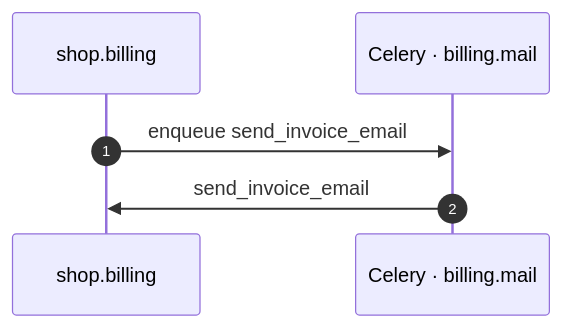
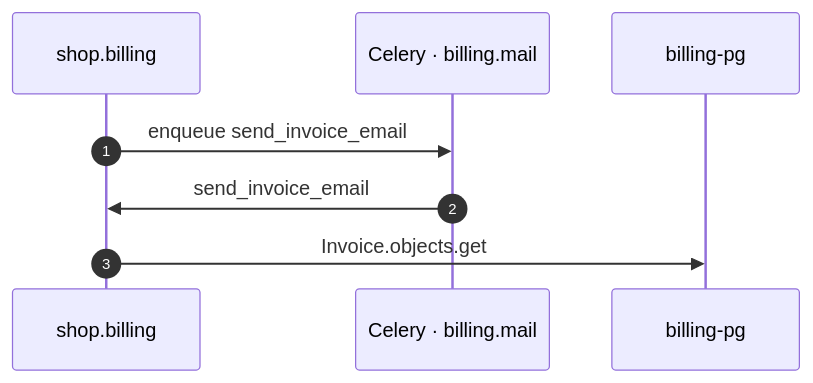
One commit to shortlink-org/portolan changed the diagram in docs/flows/billing-celery-send-invoice-email.md. Above: the diagram before and after it, drawn with Mermaid. The commit also changed other lines of this file and 188 other files, not shown here.

Commit message:
feat(flows): compose task bodies and compact wrappers

````diff
--- a/docs/flows/billing-celery-send-invoice-email.md
+++ b/docs/flows/billing-celery-send-invoice-email.md
@@ -22,8 +23,10 @@
 ```mermaid
 sequenceDiagram
     autonumber
     participant p0 as shop.billing
     participant p1 as Celery · billing.mail
+    participant p2 as billing-pg
     p0->>p1: enqueue send_invoice_email
     p1->>p0: send_invoice_email
+    p0->>p2: Invoice.objects.get
 ```
````
